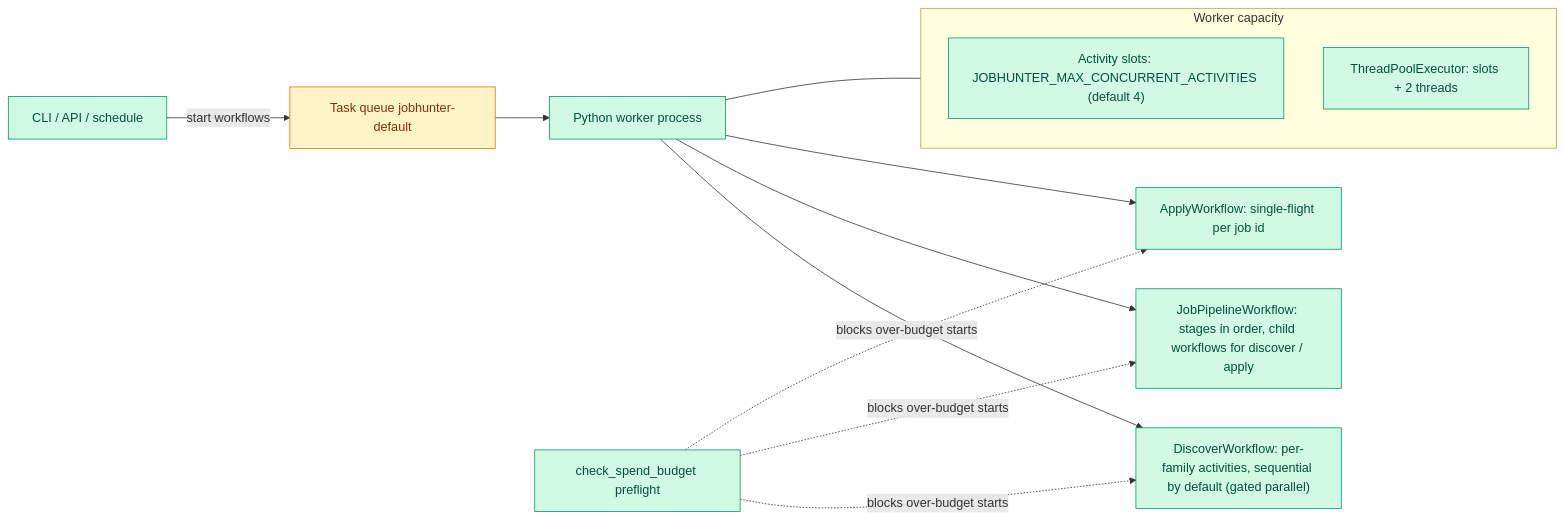
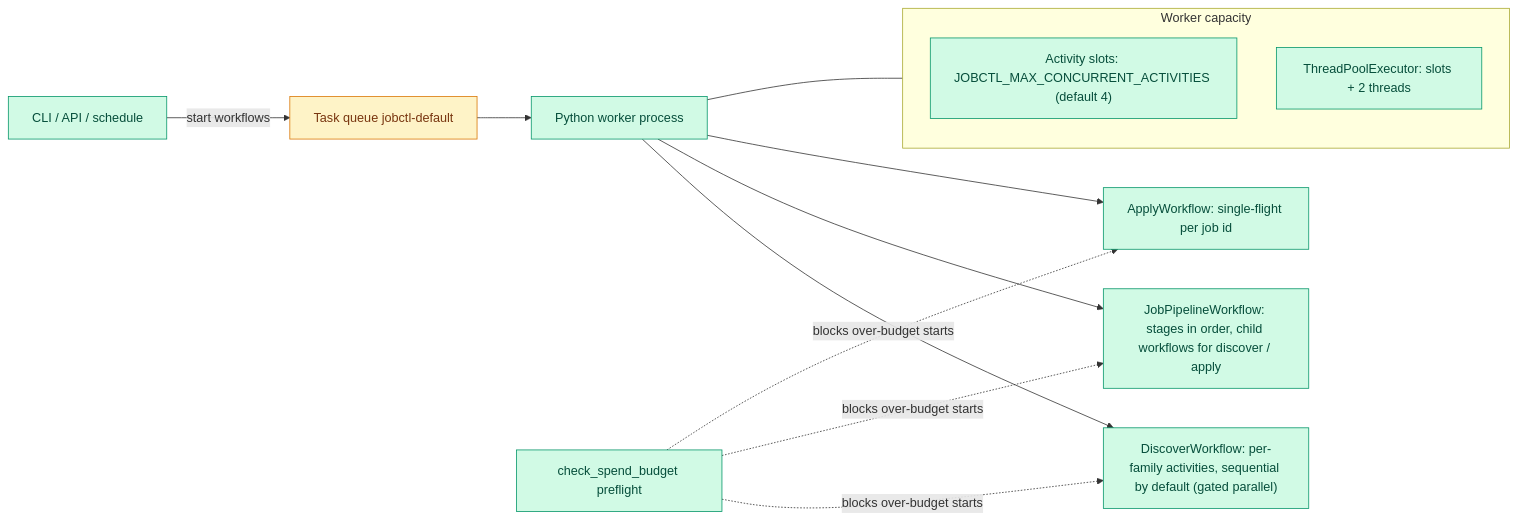
The diagram in docs/architecture/pipeline/concurrency.md (ebarti/JobCtrl), drawn with Mermaid before and after one commit. The commit also changed other lines of this file and 1281 other files, not shown here.

````diff
--- a/docs/architecture/pipeline/concurrency.md
+++ b/docs/architecture/pipeline/concurrency.md
@@ -11,19 +11,19 @@
 ```mermaid
 flowchart LR
-    CLI["CLI / API / schedule"] -->|start workflows| TQ["Task queue jobhunter-default"]
+    CLI["CLI / API / schedule"] -->|start workflows| TQ["Task queue jobctl-default"]
     TQ --> W["Python worker process"]
     subgraph W2["Worker capacity"]
-        SLOTS["Activity slots: JOBHUNTER_MAX_CONCURRENT_ACTIVITIES (default 4)"]
+        SLOTS["Activity slots: JOBCTL_MAX_CONCURRENT_ACTIVITIES (default 4)"]
         EXEC["ThreadPoolExecutor: slots + 2 threads"]
     end
     W --- W2
     W --> D["DiscoverWorkflow: per-family activities, sequential by default (gated parallel)"]
     W --> P["JobPipelineWorkflow: stages in order, child workflows for discover / apply"]
     W --> A["ApplyWorkflow: single-flight per job id"]
     BUDGET["check_spend_budget preflight"] -.->|blocks over-budget starts| D & P & A
 
     classDef py fill:#d1fae5,stroke:#059669,color:#064e3b
     classDef infra fill:#fef3c7,stroke:#d97706,color:#78350f
     class CLI,W,SLOTS,EXEC,D,P,A,BUDGET py
     class TQ infra
 ```
````
